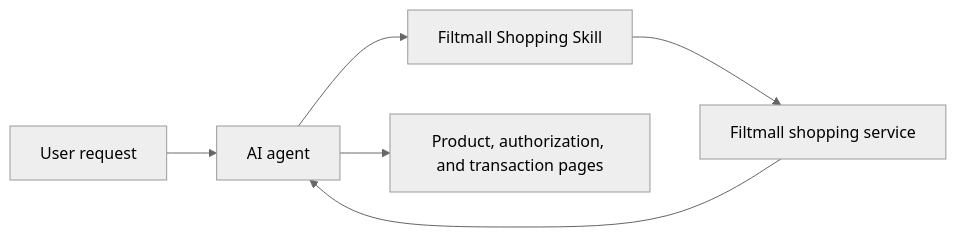
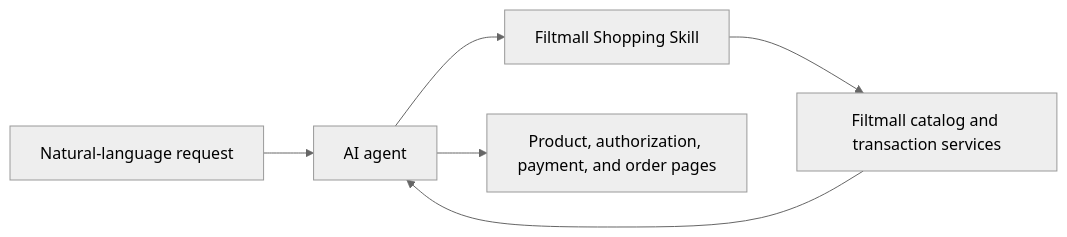
Before and after one commit to filtalgo/Filtmall-Shopping-Skill: the diagram in README.md, drawn with Mermaid (neutral theme). The commit also changed other lines of this file and 4 other files, not shown here.

````diff
--- a/README.md
+++ b/README.md
@@ -49,8 +54,8 @@
 ```mermaid
 flowchart LR
-    U["User request"] --> A["AI agent"]
+    U["Natural-language request"] --> A["AI agent"]
     A --> S["Filtmall Shopping Skill"]
-    S --> F["Filtmall shopping service"]
+    S --> F["Filtmall catalog and transaction services"]
     F --> A
-    A --> H["Product, authorization, and transaction pages"]
+    A --> H["Product, authorization, payment, and order pages"]
 ```
````
